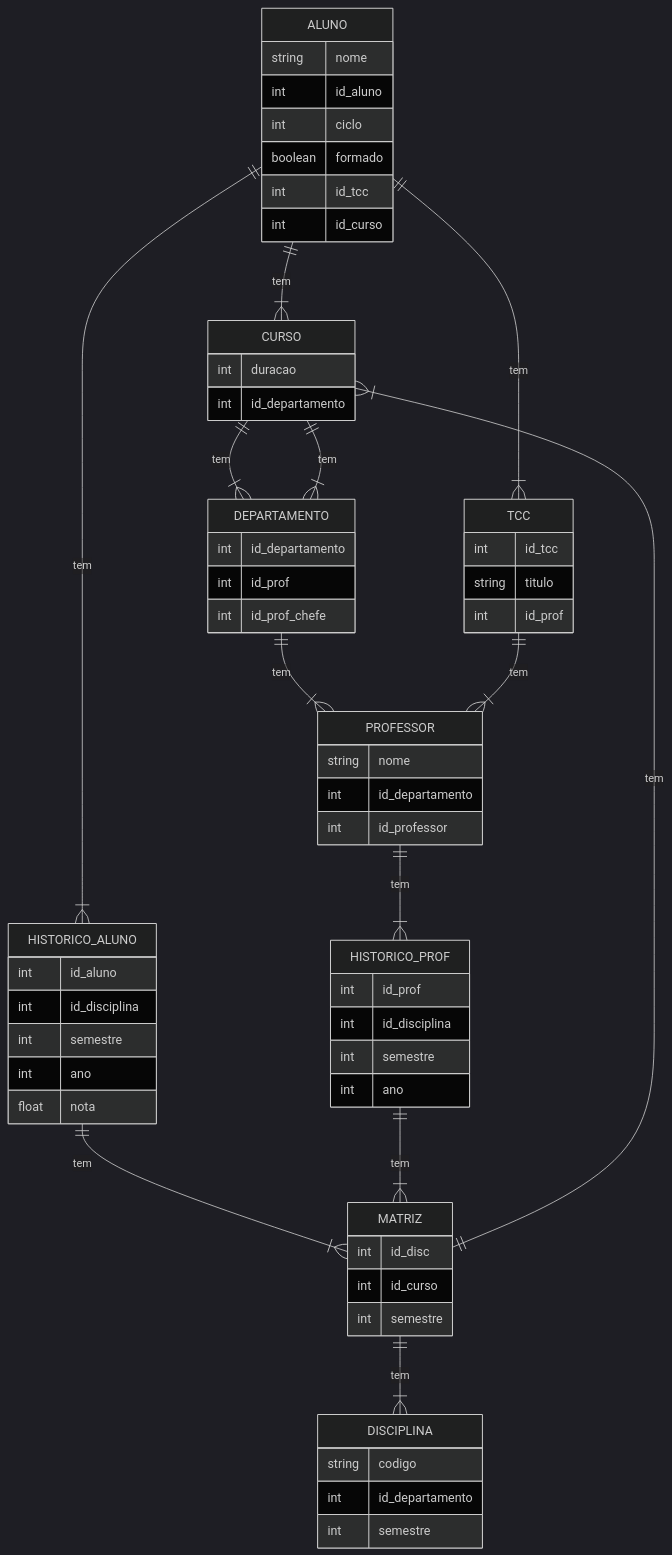
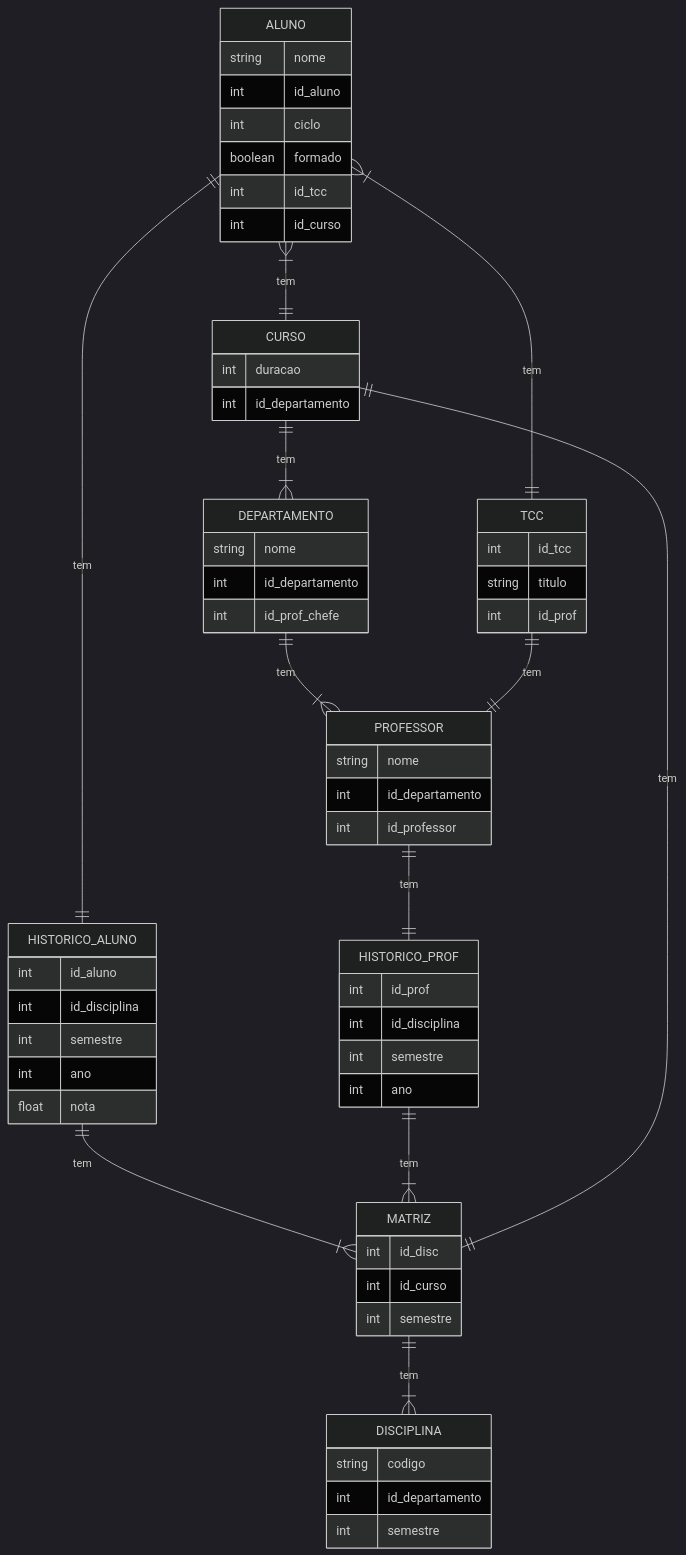
The diagram in README.md (wholocked1/Banco_de_dados), drawn with Mermaid (dark theme) before and after one commit.

````diff
--- a/README.md
+++ b/README.md
@@ -7,67 +7,66 @@
 ``` mermaid
 erDiagram
     ALUNO {
         string nome
         int id_aluno
         int ciclo
         boolean formado
         int id_tcc
         int id_curso
     }
     PROFESSOR {
         string nome
         int id_departamento
         int id_professor
     }
     DEPARTAMENTO {
+        string nome
         int id_departamento
-        int id_prof
         int id_prof_chefe
     }
     HISTORICO_ALUNO{
         int id_aluno
         int id_disciplina
         int semestre
         int ano
         float nota
     }
     DISCIPLINA{
         string codigo
         int id_departamento
         int semestre
     }
     HISTORICO_PROF{
         int id_prof
         int id_disciplina
         int semestre
         int ano
     }
     CURSO{
         int duracao
         int id_departamento
     }
     TCC{
         int id_tcc
         string titulo
         int id_prof
     } 
     MATRIZ{
         int id_disc
         int id_curso
         int semestre
     }
-    ALUNO ||--|{ CURSO : tem
+    ALUNO }|--|| CURSO : tem
     CURSO ||--|{DEPARTAMENTO: tem
-    ALUNO ||--|{HISTORICO_ALUNO: tem
-    PROFESSOR ||--|{HISTORICO_PROF: tem
-    CURSO ||--|{ DEPARTAMENTO: tem
+    ALUNO ||--|| HISTORICO_ALUNO: tem
+    PROFESSOR ||--|| HISTORICO_PROF: tem
     DEPARTAMENTO ||--|{ PROFESSOR: tem
     HISTORICO_ALUNO ||--|{ MATRIZ: tem
     HISTORICO_PROF ||--|{ MATRIZ: tem
-    TCC ||--|{ PROFESSOR: tem
-    ALUNO ||--|{ TCC: tem
+    TCC ||--|| PROFESSOR: tem
+    ALUNO }|--|| TCC: tem
     MATRIZ ||--|{ DISCIPLINA: tem
-    MATRIZ ||--|{ CURSO: tem
+    MATRIZ ||--|| CURSO: tem
 
   
 ```
````
